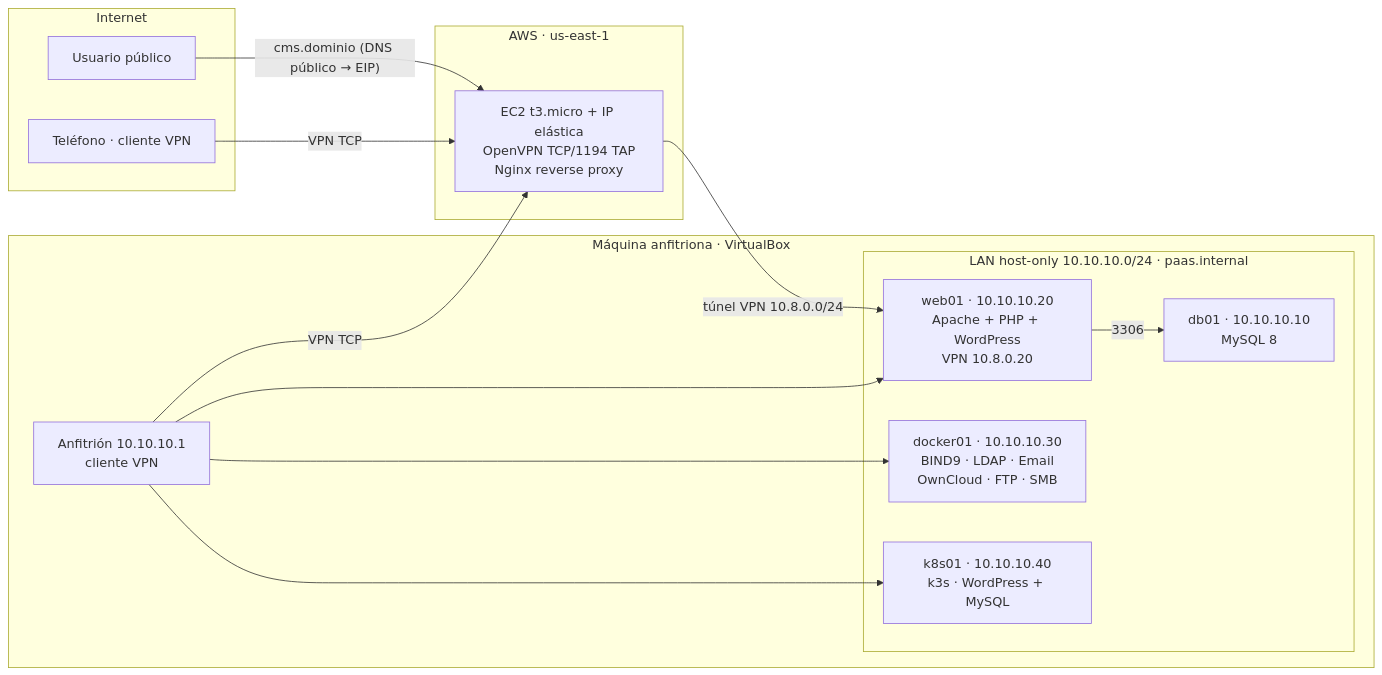
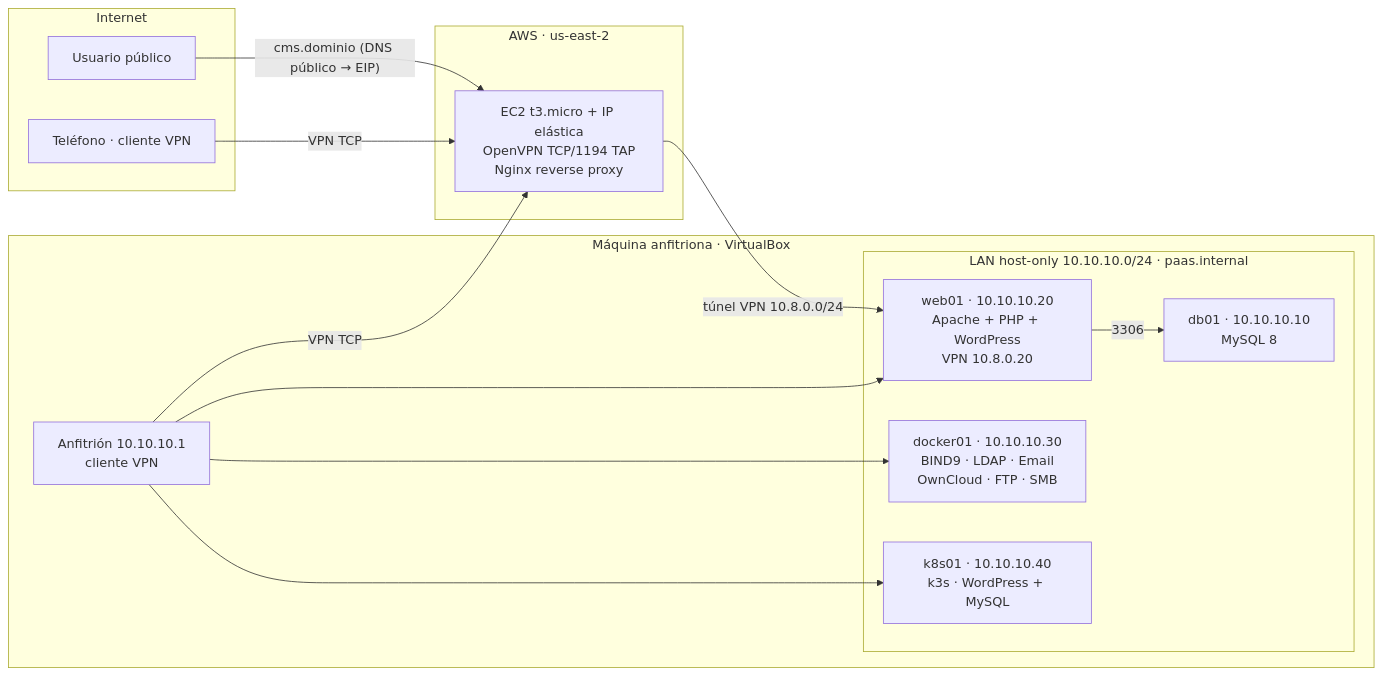
The diagram in README.md (An-Gi/Examen-Paas), drawn with Mermaid before and after one commit. The commit also changed 6 other files, not shown here.

````diff
--- a/README.md
+++ b/README.md
@@ -25,27 +25,27 @@
 ```mermaid
 flowchart LR
   subgraph INTERNET["Internet"]
     U["Usuario público"]
     PH["Teléfono · cliente VPN"]
   end
-  subgraph AWS["AWS · us-east-1"]
+  subgraph AWS["AWS · us-east-2"]
     EC2["EC2 t3.micro + IP elástica<br/>OpenVPN TCP/1194 TAP<br/>Nginx reverse proxy"]
   end
   subgraph HOST["Máquina anfitriona · VirtualBox"]
     LAP["Anfitrión 10.10.10.1<br/>cliente VPN"]
     subgraph LAN["LAN host-only 10.10.10.0/24 · paas.internal"]
       DB["db01 · 10.10.10.10<br/>MySQL 8"]
       WEB["web01 · 10.10.10.20<br/>Apache + PHP + WordPress<br/>VPN 10.8.0.20"]
       DOCK["docker01 · 10.10.10.30<br/>BIND9 · LDAP · Email<br/>OwnCloud · FTP · SMB"]
       K8S["k8s01 · 10.10.10.40<br/>k3s · WordPress + MySQL"]
     end
   end
   U -- "cms.dominio (DNS público → EIP)" --> EC2
   EC2 -- "túnel VPN 10.8.0.0/24" --> WEB
   PH -- "VPN TCP" --> EC2
   LAP -- "VPN TCP" --> EC2
   WEB -- "3306" --> DB
   LAP --> WEB
   LAP --> DOCK
   LAP --> K8S
 ```
````
